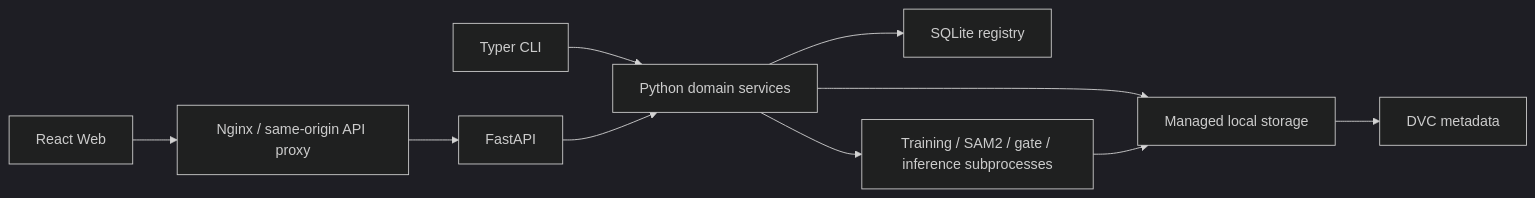
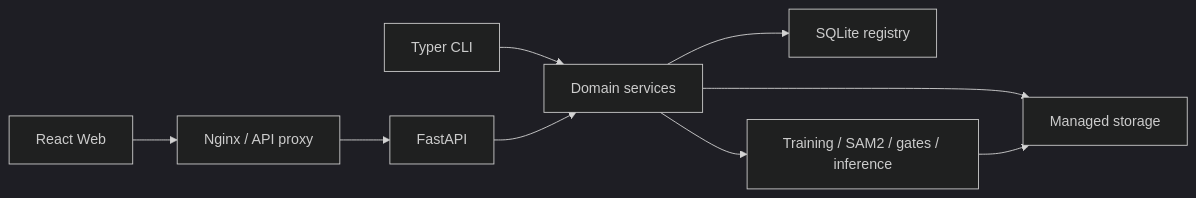
Before and after one commit to idCntrue/TrainForge: the diagram in README.md, drawn with Mermaid (dark theme). The commit also changed other lines of this file and 11 other files, not shown here.

````diff
--- a/README.md
+++ b/README.md
@@ -64,12 +70,11 @@
 ```mermaid
 flowchart LR
-    Browser["React Web"] --> Nginx["Nginx / same-origin API proxy"]
-    CLI["Typer CLI"] --> Core["Python domain services"]
+    Browser["React Web"] --> Nginx["Nginx / API proxy"]
+    CLI["Typer CLI"] --> Core["Domain services"]
     Nginx --> API["FastAPI"]
     API --> Core
     Core --> DB["SQLite registry"]
-    Core --> Store["Managed local storage"]
-    Core --> Workers["Training / SAM2 / gate / inference subprocesses"]
+    Core --> Store["Managed storage"]
+    Core --> Workers["Training / SAM2 / gates / inference"]
     Workers --> Store
-    Store --> DVC["DVC metadata"]
 ```
````
